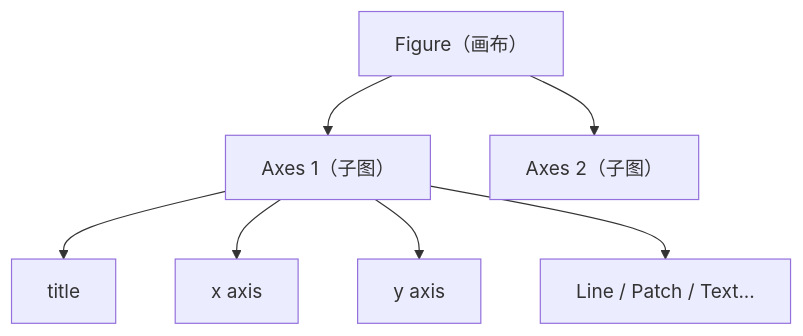
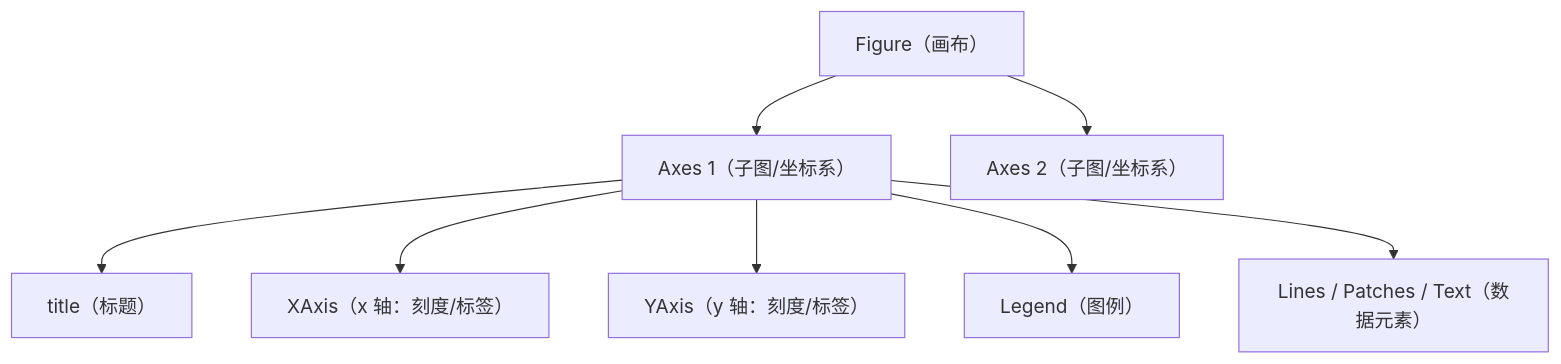
The diagram in knowledge/data/analysis/matplotlib-seaborn.md (AmbitionC/front-end-journey-resource), drawn with Mermaid before and after one commit. The commit also changed other lines of this file and 60 other files, not shown here.

````diff
--- a/knowledge/data/analysis/matplotlib-seaborn.md
+++ b/knowledge/data/analysis/matplotlib-seaborn.md
@@ -24,10 +22,11 @@
 ```mermaid
 graph TD
     Figure["Figure（画布）"]
-    Figure --> Axes1["Axes 1（子图）"]
-    Figure --> Axes2["Axes 2（子图）"]
-    Axes1 --> Title1["title"]
-    Axes1 --> XAxis1["x axis"]
-    Axes1 --> YAxis1["y axis"]
-    Axes1 --> Lines1["Line / Patch / Text..."]
+    Figure --> Axes1["Axes 1（子图/坐标系）"]
+    Figure --> Axes2["Axes 2（子图/坐标系）"]
+    Axes1 --> Title1["title（标题）"]
+    Axes1 --> XAxis1["XAxis（x 轴：刻度/标签）"]
+    Axes1 --> YAxis1["YAxis（y 轴：刻度/标签）"]
+    Axes1 --> Legend1["Legend（图例）"]
+    Axes1 --> Artists1["Lines / Patches / Text（数据元素）"]
 ```
````
